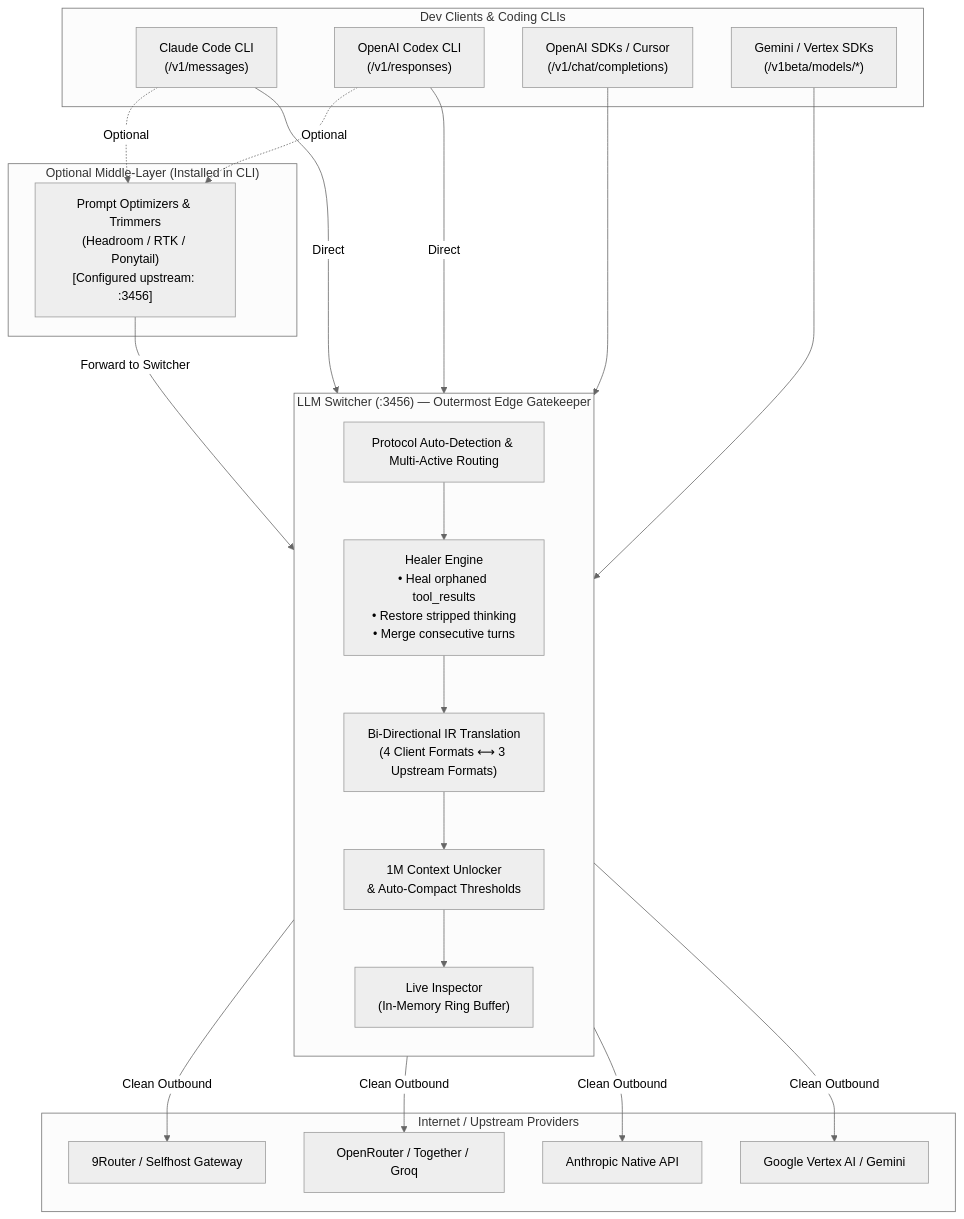
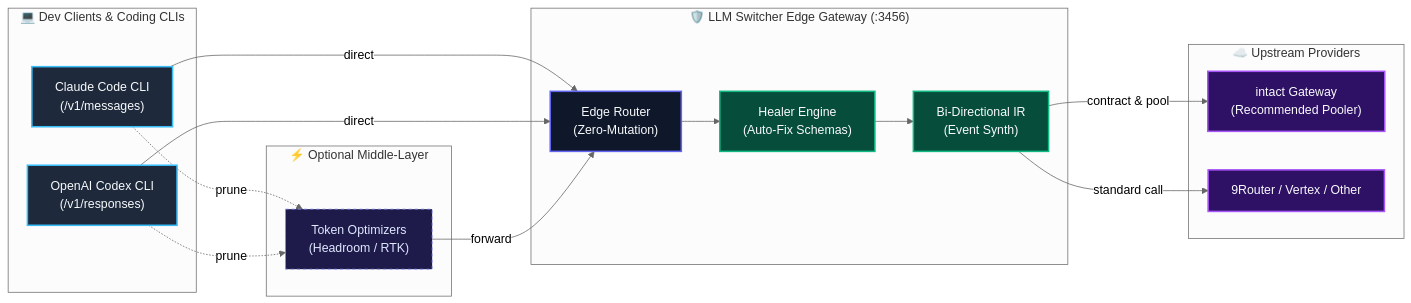
Before and after one commit to louisphamdev/llm-switcher: the diagram in README.md, drawn with Mermaid (neutral theme). The commit also changed other lines of this file and 45 other files, not shown here.

Commit message:
feat(release): 1.2.0 - zero-mutation interceptor, dynamic model catalog & self-healing schemas

````diff
--- a/README.md
+++ b/README.md
@@ -70,43 +71,38 @@
 ```mermaid
-flowchart TD
-    subgraph Clients["Dev Clients & Coding CLIs"]
-        CC["Claude Code CLI\n(/v1/messages)"]
-        CDX["OpenAI Codex CLI\n(/v1/responses)"]
-        OAI["OpenAI SDKs / Cursor\n(/v1/chat/completions)"]
-        VTX["Gemini / Vertex SDKs\n(/v1beta/models/*)"]
+flowchart LR
+    classDef client fill:#1e293b,stroke:#38bdf8,stroke-width:2px,color:#f8fafc;
+    classDef edge fill:#0f172a,stroke:#6366f1,stroke-width:2px,color:#f8fafc;
+    classDef healer fill:#064e3b,stroke:#10b981,stroke-width:2px,color:#f8fafc;
+    classDef upstream fill:#2e1065,stroke:#a855f7,stroke-width:2px,color:#f8fafc;
+    classDef opt fill:#1e1b4b,stroke:#818cf8,stroke-dasharray: 4 4,color:#e0e7ff;
+
+    subgraph Clients[" 💻 Dev Clients & Coding CLIs "]
+        CC["Claude Code CLI\n(/v1/messages)"]:::client
+        CDX["OpenAI Codex CLI\n(/v1/responses)"]:::client
     end
 
-    subgraph Optimizers["Optional Middle-Layer (Installed in CLI)"]
-        OPT["Prompt Optimizers & Trimmers\n(Headroom / RTK / Ponytail)\n[Configured upstream: :3456]"]
+    subgraph Middle[" ⚡ Optional Middle-Layer "]
+        OPT["Token Optimizers\n(Headroom / RTK)"]:::opt
     end
 
-    subgraph Switcher["LLM Switcher (:3456) — Outermost Edge Gatekeeper"]
-        direction TB
-        ROUTER["Protocol Auto-Detection & Multi-Active Routing"]
-        HEALER["Healer Engine\n• Heal orphaned tool_results\n• Restore stripped thinking\n• Merge consecutive turns"]
-        IR["Bi-Directional IR Translation\n(4 Client Formats ⟷ 3 Upstream Formats)"]
-        M1M["1M Context Unlocker\n& Auto-Compact Thresholds"]
-        LOGS["Live Inspector\n(In-Memory Ring Buffer)"]
-        ROUTER --> HEALER --> IR --> M1M --> LOGS
+    subgraph Gateway[" 🛡️ LLM Switcher Edge Gateway (:3456) "]
+        ROUTER["Edge Router\n(Zero-Mutation)"]:::edge
+        HEALER["Healer Engine\n(Auto-Fix Schemas)"]:::healer
+        IR["Bi-Directional IR\n(Event Synth)"]:::healer
+        ROUTER --> HEALER --> IR
     end
 
-    subgraph Upstream["Internet / Upstream Providers"]
-        R9["9Router / Selfhost Gateway"]
-        OR["OpenRouter / Together / Groq"]
-        ANT["Anthropic Native API"]
-        GCP["Google Vertex AI / Gemini"]
+    subgraph Upstreams[" ☁️ Upstream Providers "]
+        INTACT["intact Gateway\n(Recommended Pooler)"]:::upstream
+        OTHER["9Router / Vertex / Other"]:::upstream
     end
 
-    CC -->|Direct| ROUTER
-    CC -.->|Optional| OPT
-    CDX -->|Direct| ROUTER
-    CDX -.->|Optional| OPT
-    OAI --> ROUTER
-    VTX --> ROUTER
-    OPT -->|Forward to Switcher| ROUTER
+    CC -->|direct| ROUTER
+    CDX -->|direct| ROUTER
+    CC -.->|prune| OPT
+    CDX -.->|prune| OPT
+    OPT -->|forward| ROUTER
 
-    LOGS -->|Clean Outbound| R9
-    LOGS -->|Clean Outbound| OR
-    LOGS -->|Clean Outbound| ANT
-    LOGS -->|Clean Outbound| GCP
+    IR -->|contract & pool| INTACT
+    IR -->|standard call| OTHER
 ```
````
